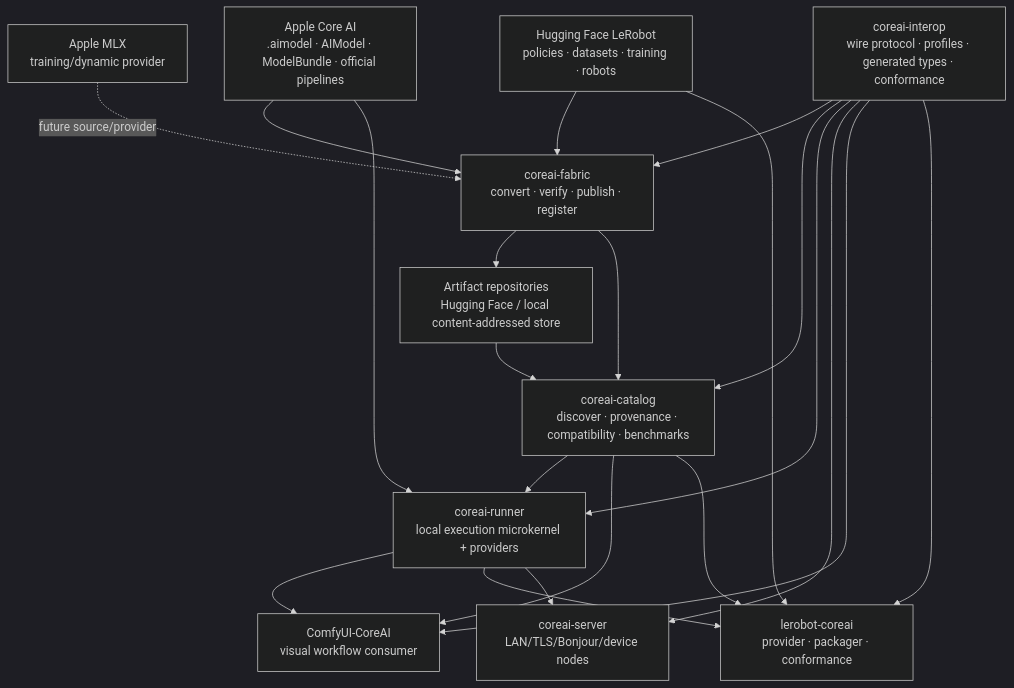
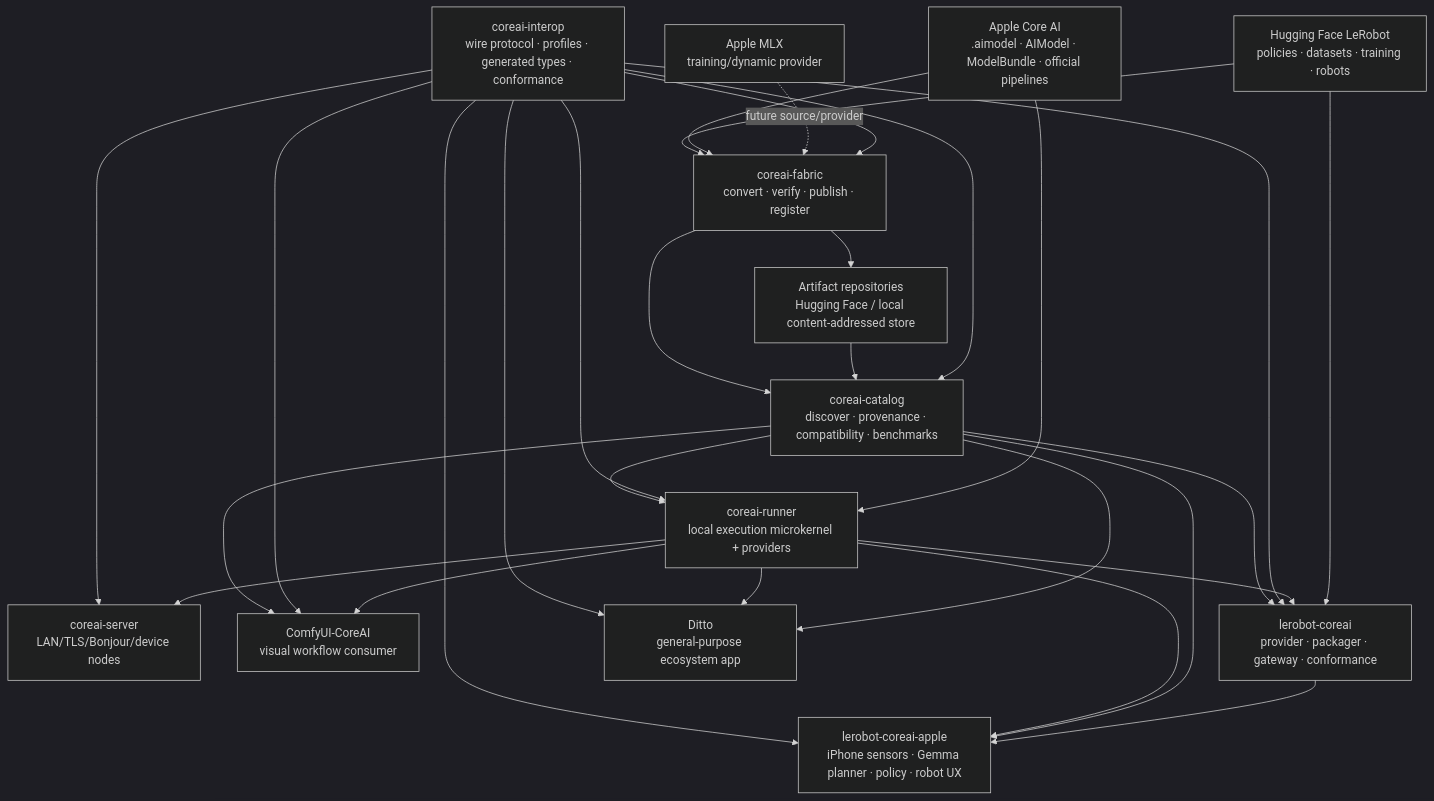
Before and after one commit to kevinqz/lerobot-coreai: the diagram in docs/rfcs/RFC-0000-ECOSYSTEM-ARCHITECTURE.md, drawn with Mermaid (dark theme). The commit also changed other lines of this file and 13 other files, not shown here.

First line of the commit message:
feat: v1.3.28 — Robot Gateway reference (RFC-0700 §19.1 / RFC-0900 §13, LR10)

````diff
--- a/docs/rfcs/RFC-0000-ECOSYSTEM-ARCHITECTURE.md
+++ b/docs/rfcs/RFC-0000-ECOSYSTEM-ARCHITECTURE.md
@@ -147,36 +153,45 @@
 ```mermaid
 flowchart TB
     Apple["Apple Core AI\n.aimodel · AIModel · ModelBundle · official pipelines"]
     MLX["Apple MLX\ntraining/dynamic provider"]
     LR["Hugging Face LeRobot\npolicies · datasets · training · robots"]
     HF["Artifact repositories\nHugging Face / local content-addressed store"]
 
     Interop["coreai-interop\nwire protocol · profiles · generated types · conformance"]
     Fabric["coreai-fabric\nconvert · verify · publish · register"]
     Catalog["coreai-catalog\ndiscover · provenance · compatibility · benchmarks"]
     Runner["coreai-runner\nlocal execution microkernel + providers"]
     Server["coreai-server\nLAN/TLS/Bonjour/device nodes"]
     Comfy["ComfyUI-CoreAI\nvisual workflow consumer"]
-    LRC["lerobot-coreai\nprovider · packager · conformance"]
+    LRC["lerobot-coreai\nprovider · packager · gateway · conformance"]
+    App["lerobot-coreai-apple\niPhone sensors · Gemma planner · policy · robot UX"]
+    Ditto["Ditto\ngeneral-purpose ecosystem app"]
 
     LR --> Fabric
     Apple --> Fabric
     MLX -. future source/provider .-> Fabric
     Fabric --> HF
     Fabric --> Catalog
     HF --> Catalog
     Catalog --> Runner
     Catalog --> Comfy
     Catalog --> LRC
     Interop --> Fabric
     Interop --> Catalog
     Interop --> Runner
     Interop --> Server
     Interop --> Comfy
     Interop --> LRC
+    Interop --> App
+    Interop --> Ditto
     Apple --> Runner
     Runner --> Comfy
     Runner --> LRC
     Runner --> Server
+    Runner --> App
+    Runner --> Ditto
+    Catalog --> App
+    Catalog --> Ditto
+    LRC --> App
     LR --> LRC
 ```
````
